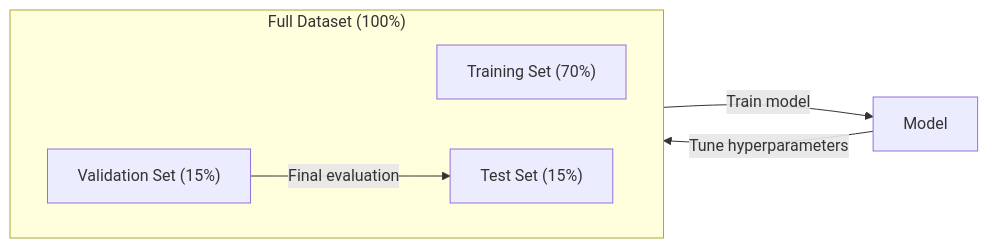
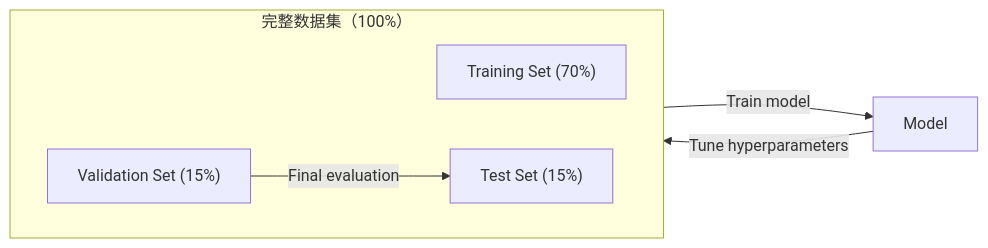
Before and after one commit to omigaZen/ai-engineering-from-scratch: the fourth of 6 diagrams in phases/02-ml-fundamentals/01-what-is-machine-learning/docs/zh.md, drawn with Mermaid.

Commit message:
feat(phase-02/01): refine zh machine learning wording

````diff
--- a/phases/02-ml-fundamentals/01-what-is-machine-learning/docs/zh.md
+++ b/phases/02-ml-fundamentals/01-what-is-machine-learning/docs/zh.md
@@ -157,13 +157,13 @@
 ```mermaid
 flowchart LR
-    subgraph Dataset["Full Dataset (100%)"]
+    subgraph Dataset["完整数据集（100%）"]
         direction LR
         TR["Training Set (70%)"]
         VA["Validation Set (15%)"]
         TE["Test Set (15%)"]
     end
 
     TR -->|Train model| M[Model]
     M -->|Tune hyperparameters| VA
     VA -->|Final evaluation| TE
 ```
````
